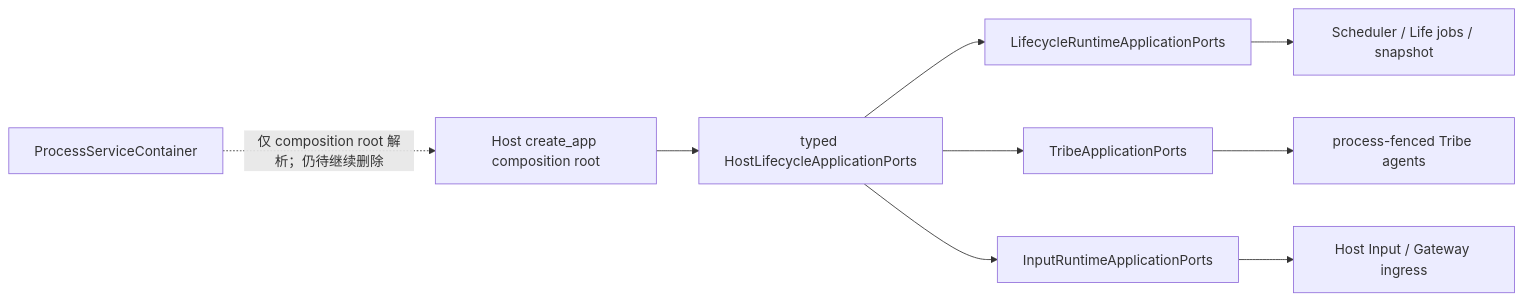
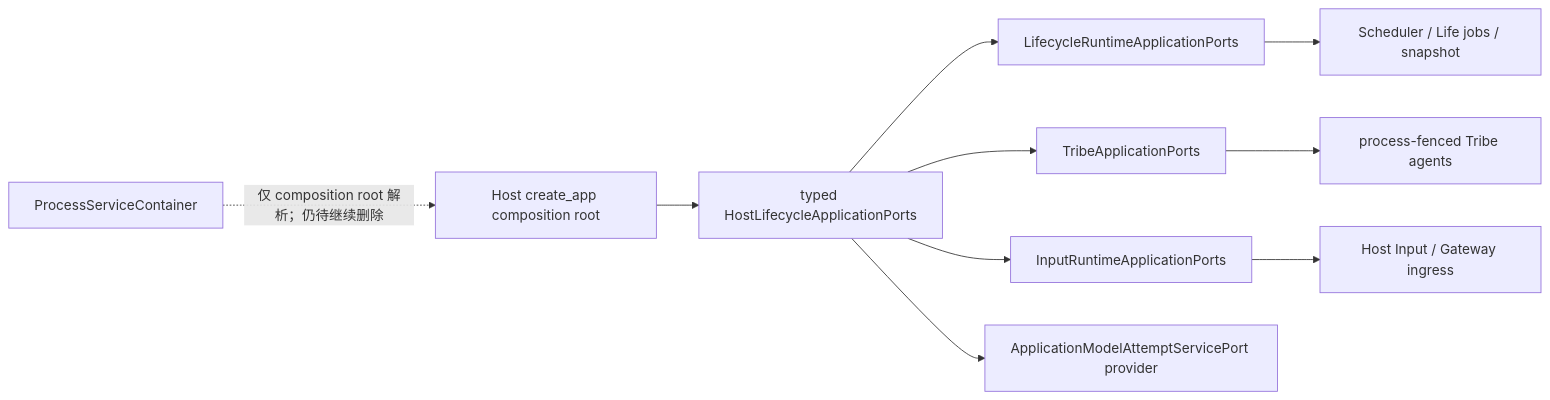
One commit to SakuraYoruno/Natsume_Ai changed the third of 14 diagrams in docs/50_project/arch/DATA_FLOW_ARCHITECTURE.md. Above: the diagram before and after it, drawn with Mermaid. The commit also changed other lines of this file and 18 other files, not shown here.

````diff
--- a/docs/50_project/arch/DATA_FLOW_ARCHITECTURE.md
+++ b/docs/50_project/arch/DATA_FLOW_ARCHITECTURE.md
@@ -185,11 +185,12 @@
 ```mermaid
 flowchart LR
     ROOT["Host create_app composition root"] --> BUNDLE["typed HostLifecycleApplicationPorts"]
     BUNDLE --> LIFE["LifecycleRuntimeApplicationPorts"]
     BUNDLE --> TRIBE["TribeApplicationPorts"]
     BUNDLE --> INPUT["InputRuntimeApplicationPorts"]
     LIFE --> JOBS["Scheduler / Life jobs / snapshot"]
     TRIBE --> AGENTS["process-fenced Tribe agents"]
     INPUT --> INGRESS["Host Input / Gateway ingress"]
+    BUNDLE --> MODEL["ApplicationModelAttemptServicePort provider"]
     LOCATOR["ProcessServiceContainer"] -. "仅 composition root 解析；仍待继续删除" .-> ROOT
 ```
````
